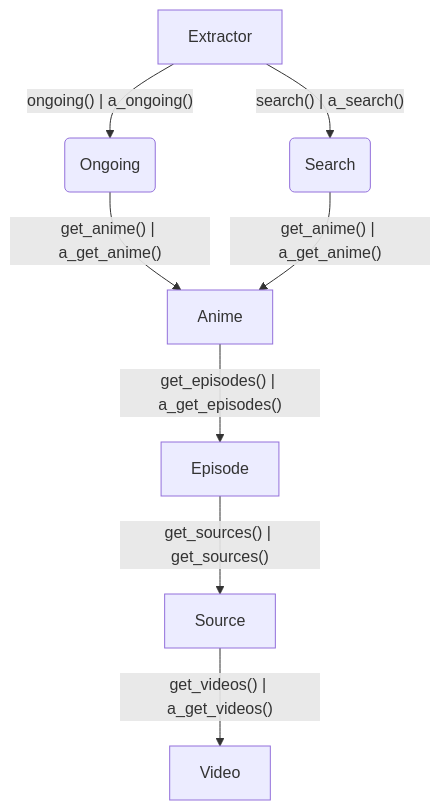
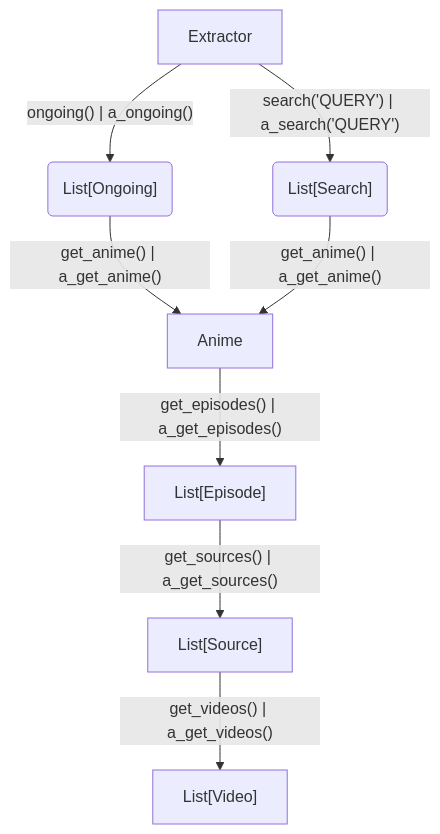
One commit to vypivshiy/anicli-api changed the diagram in README.MD. Above: the diagram before and after it, drawn with Mermaid. The commit also changed other lines of this file, not shown here.

````diff
--- a/README.MD
+++ b/README.MD
@@ -44,13 +44,13 @@
 ```mermaid
 flowchart TD
-    E[Extractor] -->|"search(<QUERY>) | a_search(<QUERY>)"| S(Search)
-    E -->|"ongoing() | a_ongoing()"| O(Ongoing)
+    E[Extractor] -->|"search('QUERY') | a_search('QUERY')"| S("List[Search]")
+    E -->|"ongoing() | a_ongoing()"| O("List[Ongoing]")
     
     O -->|"get_anime() | a_get_anime()"| A[Anime]
     S -->|"get_anime() | a_get_anime()"| A
     
-    A -->|"get_episodes() | a_get_episodes()"|Ep[Episode]
-    Ep -->|"get_sources() | get_sources()"|So[Source]
-    So -->|"get_videos() | a_get_videos()"|V[Video]
+    A -->|"get_episodes() | a_get_episodes()"|Ep["List[Episode]"]
+    Ep -->|"get_sources() | a_get_sources()"|So["List[Source]"]
+    So -->|"get_videos() | a_get_videos()"|V["List[Video]"]
 
 ```
````
